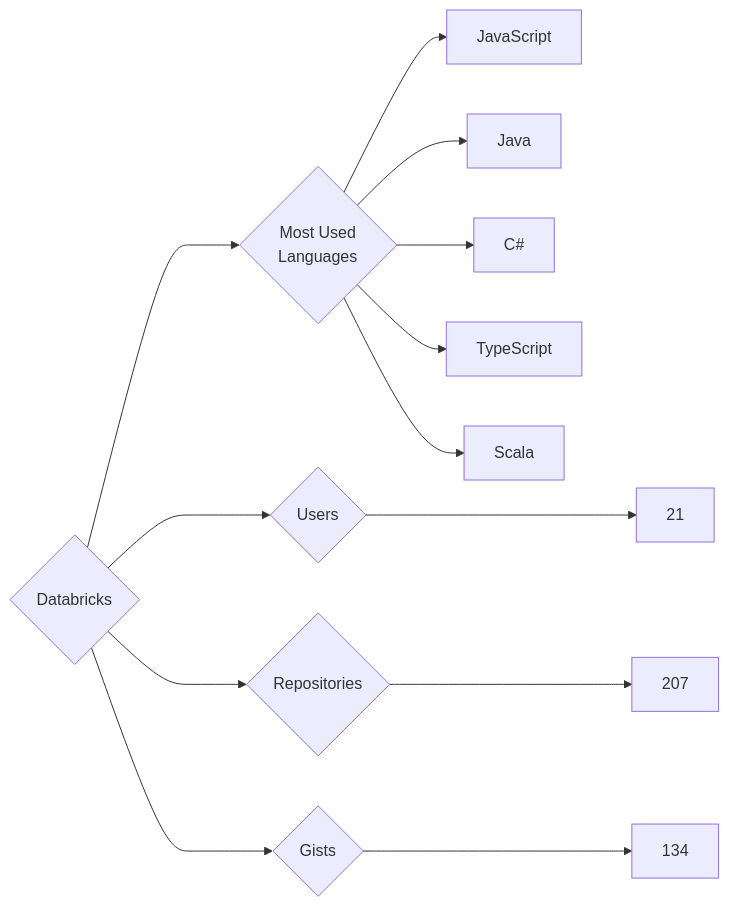
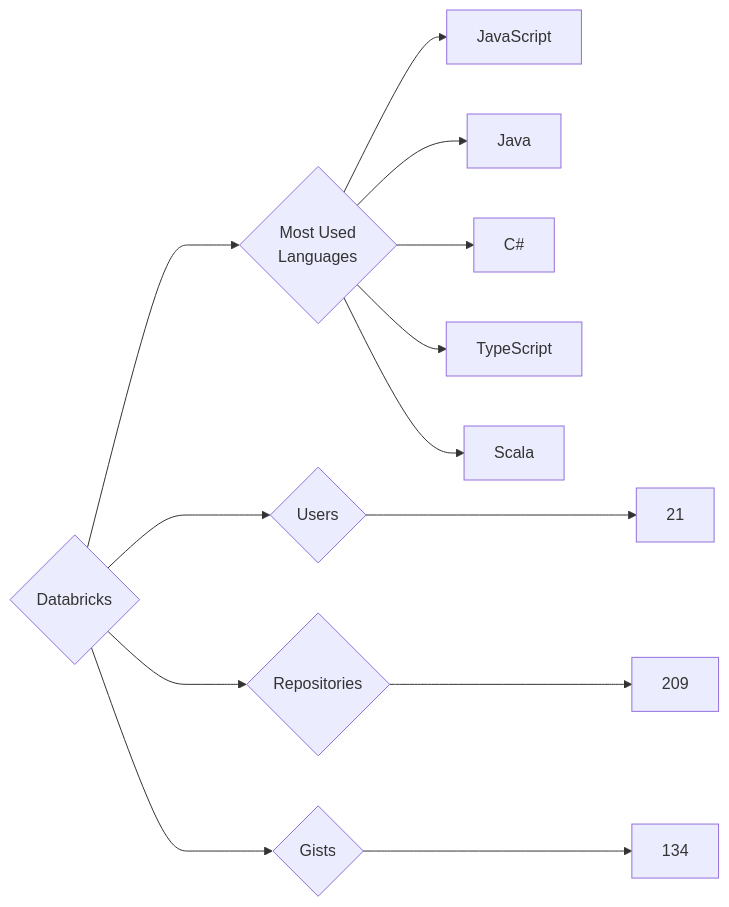
One commit to trickest/insiders changed the diagram in targets/Databricks/README.md. Above: the diagram before and after it, drawn with Mermaid. The commit also changed 976 other files, not shown here.

````diff
--- a/targets/Databricks/README.md
+++ b/targets/Databricks/README.md
@@ -3,13 +3,13 @@
 ```mermaid
 graph LR
 COMPANY_NAME{Databricks}
 COMPANY_NAME ---> U{Users} ---> UN[21]
-COMPANY_NAME ---> R{Repositories} ---> RN[207]
+COMPANY_NAME ---> R{Repositories} ---> RN[209]
 COMPANY_NAME ---> G{Gists} ---> GN[134]
 COMPANY_NAME ---> ML{Most Used<br>Languages}
 ML --> JavaScript[JavaScript]
 ML --> Java[Java]
 ML --> C#[C#]
 ML --> TypeScript[TypeScript]
 ML --> Scala[Scala]
 ```
````
